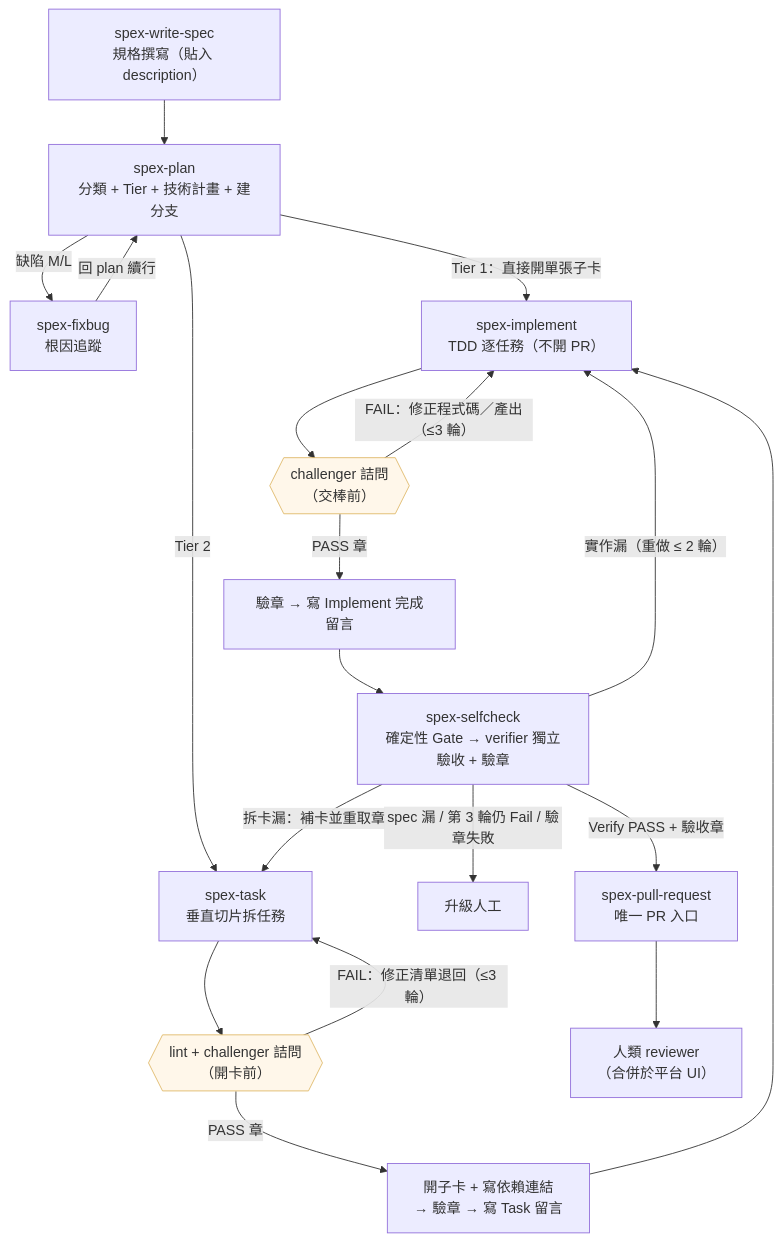
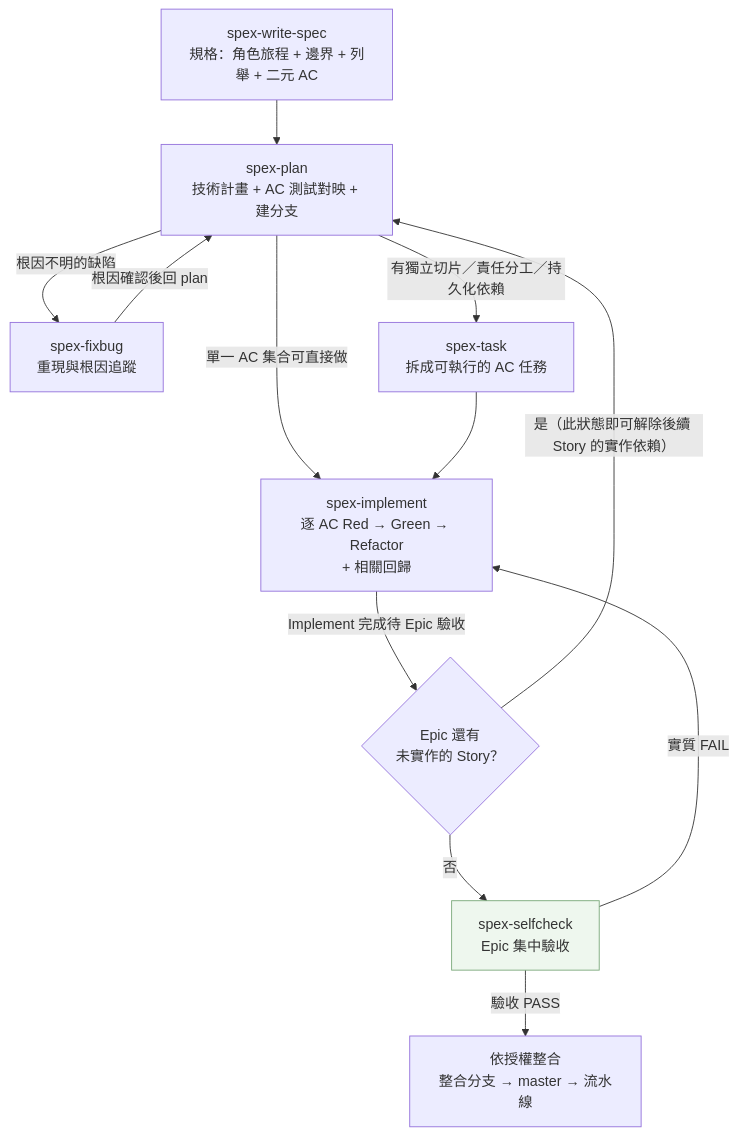
One commit to bibirock/spex changed the first of 3 diagrams in README.md. Above: the diagram before and after it, drawn with Mermaid. The commit also changed other lines of this file and 3 other files, not shown here.

````diff
--- a/README.md
+++ b/README.md
@@ -142,24 +119,16 @@
 ```mermaid
 flowchart TD
-    WS["spex-write-spec<br/>規格撰寫（貼入 description）"] --> PL["spex-plan<br/>分類 + Tier + 技術計畫 + 建分支"]
-    PL -->|"缺陷 M/L"| FB["spex-fixbug<br/>根因追蹤"]
-    FB -->|"回 plan 續行"| PL
-    PL -->|"Tier 1：直接開單張子卡"| IMPL
-    PL -->|"Tier 2"| TASK["spex-task<br/>垂直切片拆任務"]
-    TASK --> GT{{"lint + challenger 詰問<br/>（開卡前）"}}
-    GT -->|"FAIL：修正清單退回（≤3 輪）"| TASK
-    GT -->|"PASS 章"| TW["開子卡 + 寫依賴連結<br/>→ 驗章 → 寫 Task 留言"]
-    TW --> IMPL["spex-implement<br/>TDD 逐任務（不開 PR）"]
-    IMPL --> GI{{"challenger 詰問<br/>（交棒前）"}}
-    GI -->|"FAIL：修正程式碼／產出（≤3 輪）"| IMPL
-    GI -->|"PASS 章"| IW["驗章 → 寫 Implement 完成留言"]
-    IW --> SC["spex-selfcheck<br/>確定性 Gate → verifier 獨立驗收 + 驗章"]
-    SC -->|"實作漏（重做 ≤ 2 輪）"| IMPL
-    SC -->|"拆卡漏：補卡並重取章"| TASK
-    SC -->|"spec 漏 / 第 3 輪仍 Fail / 驗章失敗"| HUMAN["升級人工"]
-    SC -->|"Verify PASS + 驗收章"| PR["spex-pull-request<br/>唯一 PR 入口"]
-    PR --> REV["人類 reviewer<br/>（合併於平台 UI）"]
+    WS["spex-write-spec<br/>規格：角色旅程 + 邊界 + 列舉 + 二元 AC"] --> PL["spex-plan<br/>技術計畫 + AC 測試對映 + 建分支"]
+    PL -->|"根因不明的缺陷"| FB["spex-fixbug<br/>重現與根因追蹤"]
+    FB -->|"根因確認後回 plan"| PL
+    PL -->|"單一 AC 集合可直接做"| IMPL
+    PL -->|"有獨立切片／責任分工／持久化依賴"| TASK["spex-task<br/>拆成可執行的 AC 任務"]
+    TASK --> IMPL["spex-implement<br/>逐 AC Red → Green → Refactor<br/>+ 相關回歸"]
+    IMPL -->|"Implement 完成待 Epic 驗收"| NEXT{"Epic 還有<br/>未實作的 Story？"}
+    NEXT -->|"是（此狀態即可解除後續 Story 的實作依賴）"| PL
+    NEXT -->|"否"| SC["spex-selfcheck<br/>Epic 集中驗收"]
+    SC -->|"驗收 PASS"| INT["依授權整合<br/>整合分支 → master → 流水線"]
+    SC -->|"實質 FAIL"| IMPL
 
-    style GT fill:#fff7ea,stroke:#e0b96b
-    style GI fill:#fff7ea,stroke:#e0b96b
+    style SC fill:#eef7ee,stroke:#79a879
 ```
````
